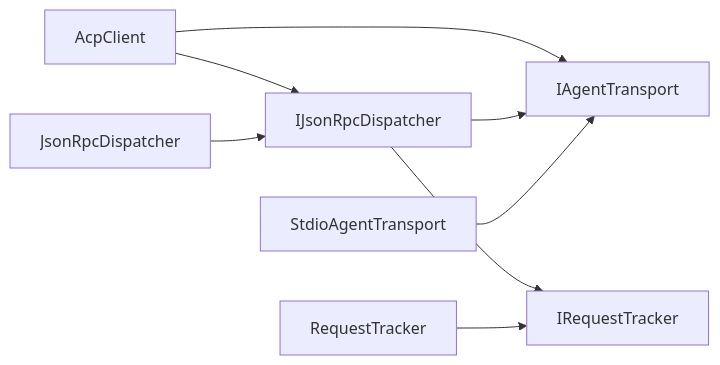
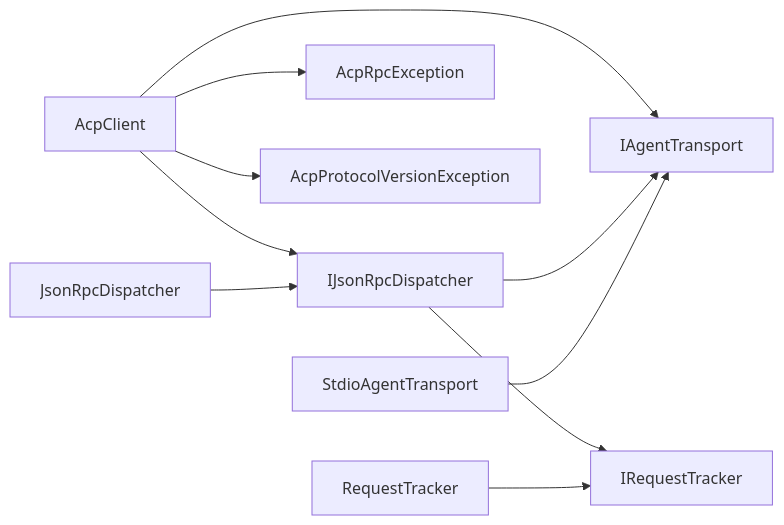
The sixth of 6 diagrams in .qoder/repowiki/en/content/Core Client API/AcpClient Implementation.md (AgenticDesktop/ACPLibrary), drawn with Mermaid before and after one commit. The commit also changed other lines of this file and 59 other files, not shown here.

````diff
--- a/.qoder/repowiki/en/content/Core Client API/AcpClient Implementation.md
+++ b/.qoder/repowiki/en/content/Core Client API/AcpClient Implementation.md
@@ -377,10 +457,12 @@
 ```mermaid
 graph LR
 A["AcpClient"] --> T["IAgentTransport"]
 A --> D["IJsonRpcDispatcher"]
+A --> E1["AcpRpcException"]
+A --> E2["AcpProtocolVersionException"]
 D --> RT["IRequestTracker"]
 D --> T
 ImplT["StdioAgentTransport"] --> T
 ImplD["JsonRpcDispatcher"] --> D
 ImplRT["RequestTracker"] --> RT
 ```
````
